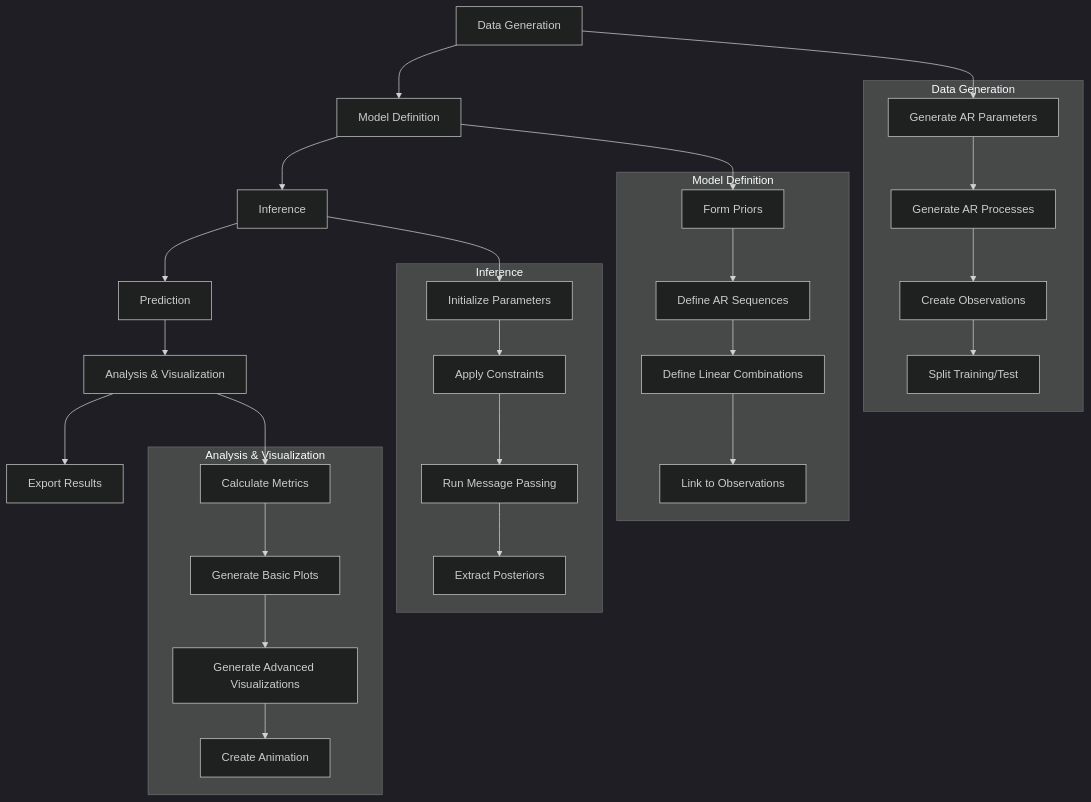
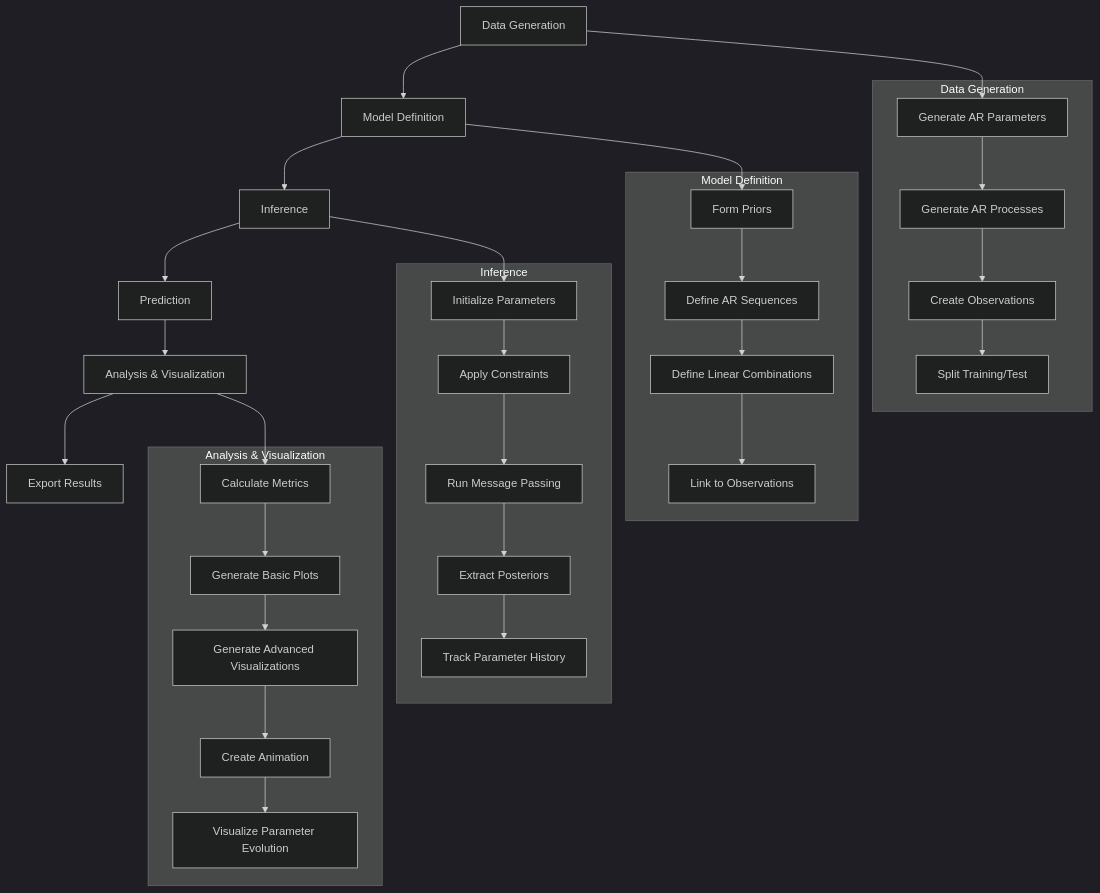
Before and after one commit to ReactiveBayes/RxInferExamples.jl: the second of 10 diagrams in scripts/Experimental Examples/Latent Vector Autoregressive Model/README.md, drawn with Mermaid (dark theme). The commit also changed other lines of this file and 13 other files, not shown here.

````diff
--- a/scripts/Experimental Examples/Latent Vector Autoregressive Model/README.md
+++ b/scripts/Experimental Examples/Latent Vector Autoregressive Model/README.md
@@ -33,37 +33,39 @@
 ```mermaid
 flowchart TD
     A[Data Generation] --> B[Model Definition]
     B --> C[Inference]
     C --> D[Prediction]
     D --> E[Analysis & Visualization]
     E --> F[Export Results]
     
     subgraph "Data Generation"
     A1[Generate AR Parameters] --> A2[Generate AR Processes]
     A2 --> A3[Create Observations]
     A3 --> A4[Split Training/Test]
     end
     
     subgraph "Model Definition"
     B1[Form Priors] --> B2[Define AR Sequences]
     B2 --> B3[Define Linear Combinations]
     B3 --> B4[Link to Observations]
     end
     
     subgraph "Inference"
     C1[Initialize Parameters] --> C2[Apply Constraints]
     C2 --> C3[Run Message Passing]
     C3 --> C4[Extract Posteriors]
+    C4 --> C5[Track Parameter History]
     end
     
     subgraph "Analysis & Visualization"
     E1[Calculate Metrics] --> E2[Generate Basic Plots]
     E2 --> E3[Generate Advanced Visualizations]
     E3 --> E4[Create Animation]
+    E4 --> E5[Visualize Parameter Evolution]
     end
     
     A --> A1
     B --> B1
     C --> C1
     E --> E1
 ```
````
